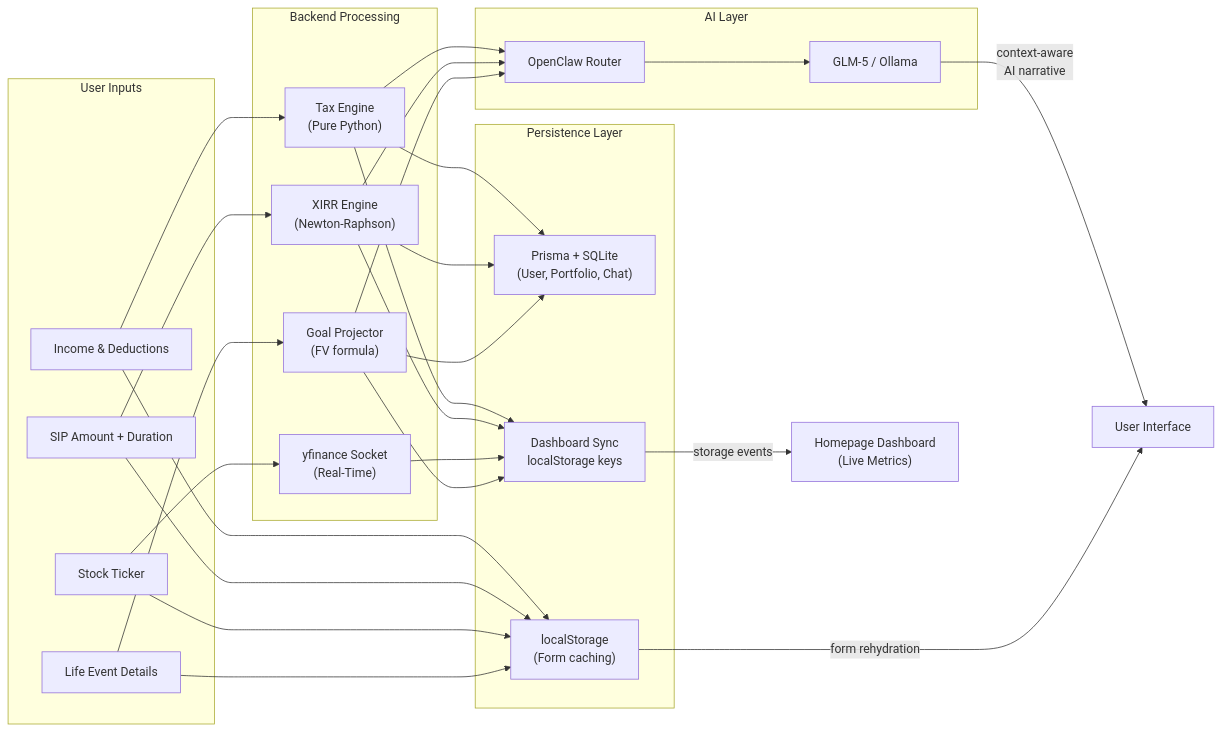
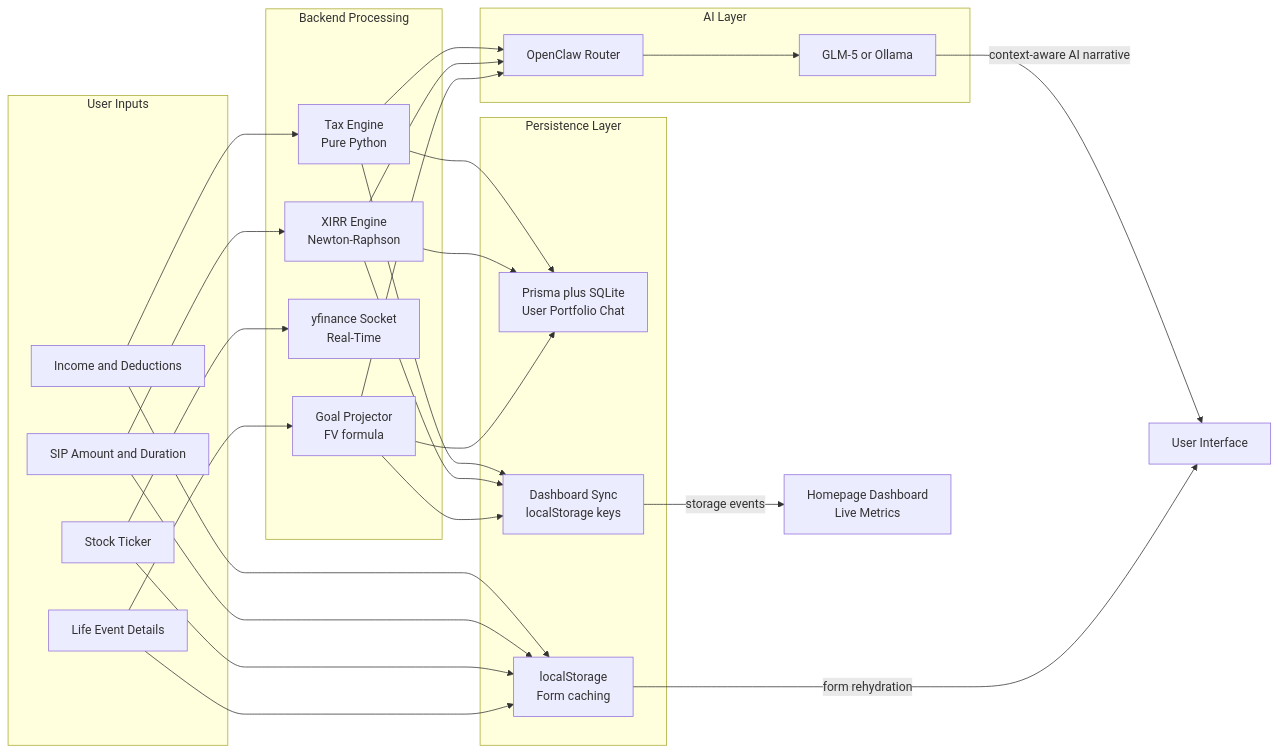
The fourth of 4 diagrams in ARCHITECTURE_DOCUMENT.md (Devguru-codes/AI-Money-Mentor), drawn with Mermaid before and after one commit. The commit also changed other lines of this file and 1 other file, not shown here.

Commit message:
fix: repair all Mermaid diagram syntax in ARCHITECTURE_DOCUMENT and IMPACT_MODEL

````diff
--- a/ARCHITECTURE_DOCUMENT.md
+++ b/ARCHITECTURE_DOCUMENT.md
@@ -149,36 +157,45 @@
 ```mermaid
 flowchart LR
     subgraph Input["User Inputs"]
-        A1["Income & Deductions"]
-        A2["SIP Amount + Duration"]
+        A1["Income and Deductions"]
+        A2["SIP Amount and Duration"]
         A3["Stock Ticker"]
         A4["Life Event Details"]
     end
 
     subgraph Processing["Backend Processing"]
-        B1["Tax Engine\n(Pure Python)"]
-        B2["XIRR Engine\n(Newton-Raphson)"]
-        B3["yfinance Socket\n(Real-Time)"]
-        B4["Goal Projector\n(FV formula)"]
+        B1["Tax Engine<br/>Pure Python"]
+        B2["XIRR Engine<br/>Newton-Raphson"]
+        B3["yfinance Socket<br/>Real-Time"]
+        B4["Goal Projector<br/>FV formula"]
     end
 
     subgraph Storage["Persistence Layer"]
-        C1["Prisma + SQLite\n(User, Portfolio, Chat)"]
-        C2["localStorage\n(Form caching)"]
-        C3["Dashboard Sync\nlocalStorage keys"]
+        C1["Prisma plus SQLite<br/>User Portfolio Chat"]
+        C2["localStorage<br/>Form caching"]
+        C3["Dashboard Sync<br/>localStorage keys"]
     end
 
-    subgraph AI["AI Layer"]
+    subgraph AIGen["AI Layer"]
         D1["OpenClaw Router"]
-        D2["GLM-5 / Ollama"]
+        D2["GLM-5 or Ollama"]
     end
 
     A1 --> B1 --> C1
     A2 --> B2 --> C1
     A3 --> B3
     A4 --> B4 --> C1
-    B1 & B2 & B3 & B4 --> C3
-    C3 -->|"storage events"| Dashboard["Homepage Dashboard\n(Live Metrics)"]
-    B1 & B2 & B4 --> D1 --> D2 -->|"context-aware\nAI narrative"| User["User Interface"]
-    A1 & A2 & A3 & A4 --> C2 -->|"form rehydration"| User
+    B1 --> C3
+    B2 --> C3
+    B4 --> C3
+    C3 -->|"storage events"| Dashboard["Homepage Dashboard<br/>Live Metrics"]
+    B1 --> D1
+    B2 --> D1
+    B4 --> D1
+    D1 --> D2 -->|"context-aware AI narrative"| User["User Interface"]
+    A1 --> C2
+    A2 --> C2
+    A3 --> C2
+    A4 --> C2
+    C2 -->|"form rehydration"| User
 ```
````
